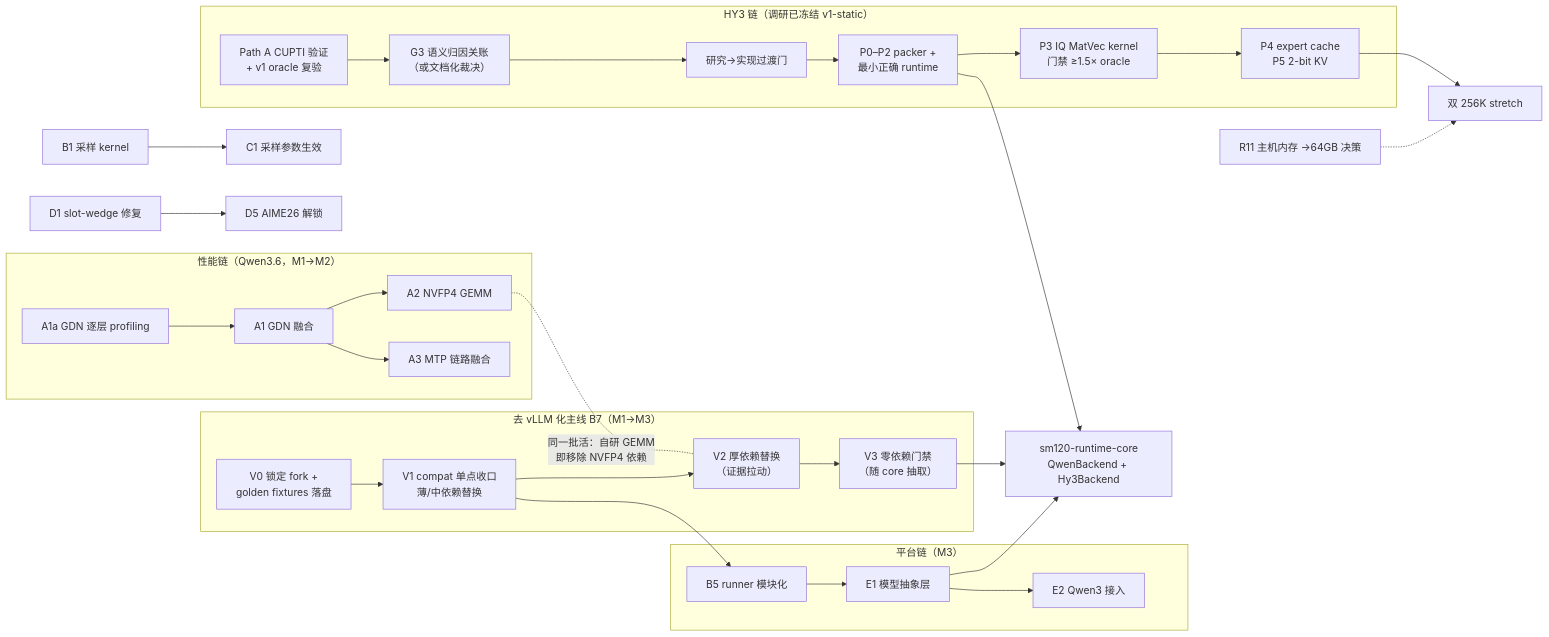
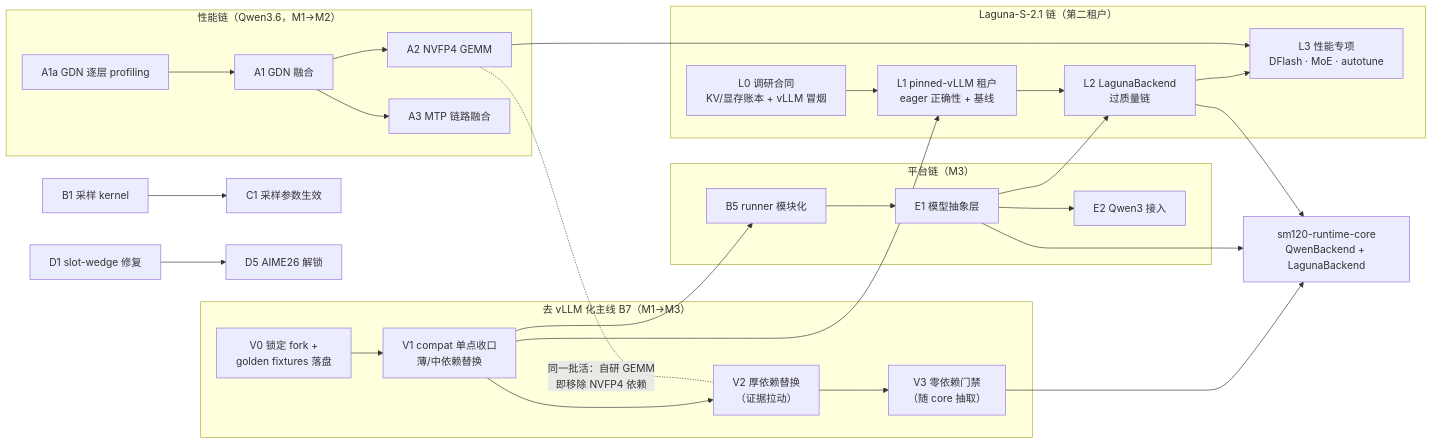
Before and after one commit to jieen1/blackforge: the diagram in docs/roadmap.md, drawn with Mermaid. The commit also changed other lines of this file, not shown here.

First line of the commit message:
路线图更新：第二租户目标从 HY3 改为 poolside Laguna-S-2.1

````diff
--- a/docs/roadmap.md
+++ b/docs/roadmap.md
@@ -58,28 +59,28 @@
 ```mermaid
 flowchart LR
     subgraph perf["性能链（Qwen3.6，M1→M2）"]
         PROF["A1a GDN 逐层 profiling"] --> A1["A1 GDN 融合"] --> A2["A2 NVFP4 GEMM"]
         A1 --> A3["A3 MTP 链路融合"]
     end
     subgraph devllm["去 vLLM 化主线 B7（M1→M3）"]
         V0["V0 锁定 fork +<br/>golden fixtures 落盘"] --> V1["V1 compat 单点收口<br/>薄/中依赖替换"]
         V1 --> V2["V2 厚依赖替换<br/>（证据拉动）"] --> V3["V3 零依赖门禁<br/>（随 core 抽取）"]
     end
     subgraph plat["平台链（M3）"]
         B5["B5 runner 模块化"] --> E1["E1 模型抽象层"] --> E2["E2 Qwen3 接入"]
     end
-    subgraph hy3["HY3 链（调研已冻结 v1-static）"]
-        PA["Path A CUPTI 验证<br/>+ v1 oracle 复验"] --> G3["G3 语义归因关账<br/>（或文档化裁决）"]
-        G3 --> TG["研究→实现过渡门"] --> P02["P0–P2 packer +<br/>最小正确 runtime"]
-        P02 --> P3k["P3 IQ MatVec kernel<br/>门禁 ≥1.5× oracle"] --> P45["P4 expert cache<br/>P5 2-bit KV"]
+    subgraph laguna["Laguna-S-2.1 链（第二租户）"]
+        L0["L0 调研合同<br/>KV/显存账本 + vLLM 冒烟"] --> L1["L1 pinned-vLLM 租户<br/>eager 正确性 + 基线"]
+        L1 --> L2["L2 LagunaBackend<br/>过质量链"] --> L3["L3 性能专项<br/>DFlash · MoE · autotune"]
     end
     A2 -. "同一批活：自研 GEMM<br/>即移除 NVFP4 依赖" .- V2
+    A2 --> L3
     V1 --> B5
-    V3 --> CORE["sm120-runtime-core<br/>QwenBackend + Hy3Backend"]
+    V1 --> L1
+    E1 --> L2
+    V3 --> CORE["sm120-runtime-core<br/>QwenBackend + LagunaBackend"]
     E1 --> CORE
-    P02 --> CORE
-    RAM["R11 主机内存 →64GB 决策"] -.-> STR["双 256K stretch"]
-    P45 --> STR
+    L2 --> CORE
     B1["B1 采样 kernel"] --> C1x["C1 采样参数生效"]
     D1["D1 slot-wedge 修复"] --> AIME["D5 AIME26 解锁"]
 ```
````
